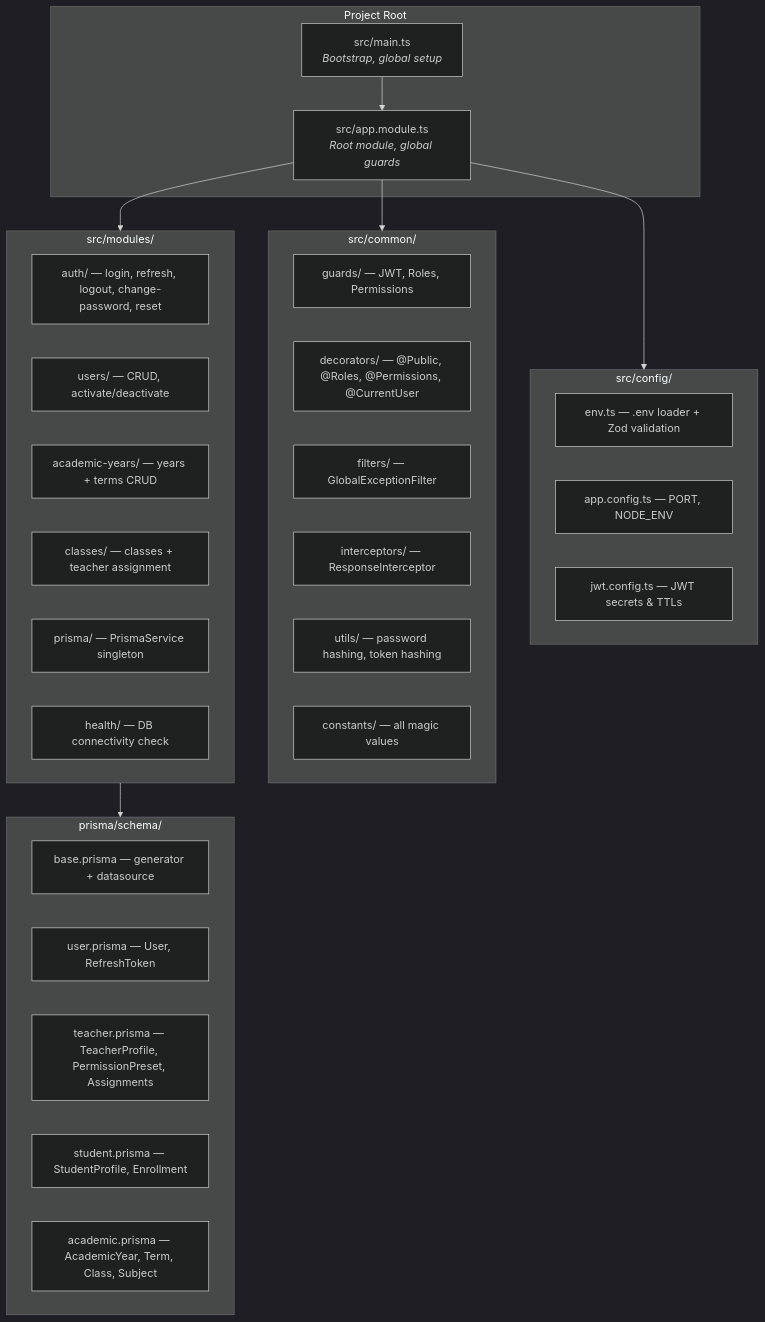
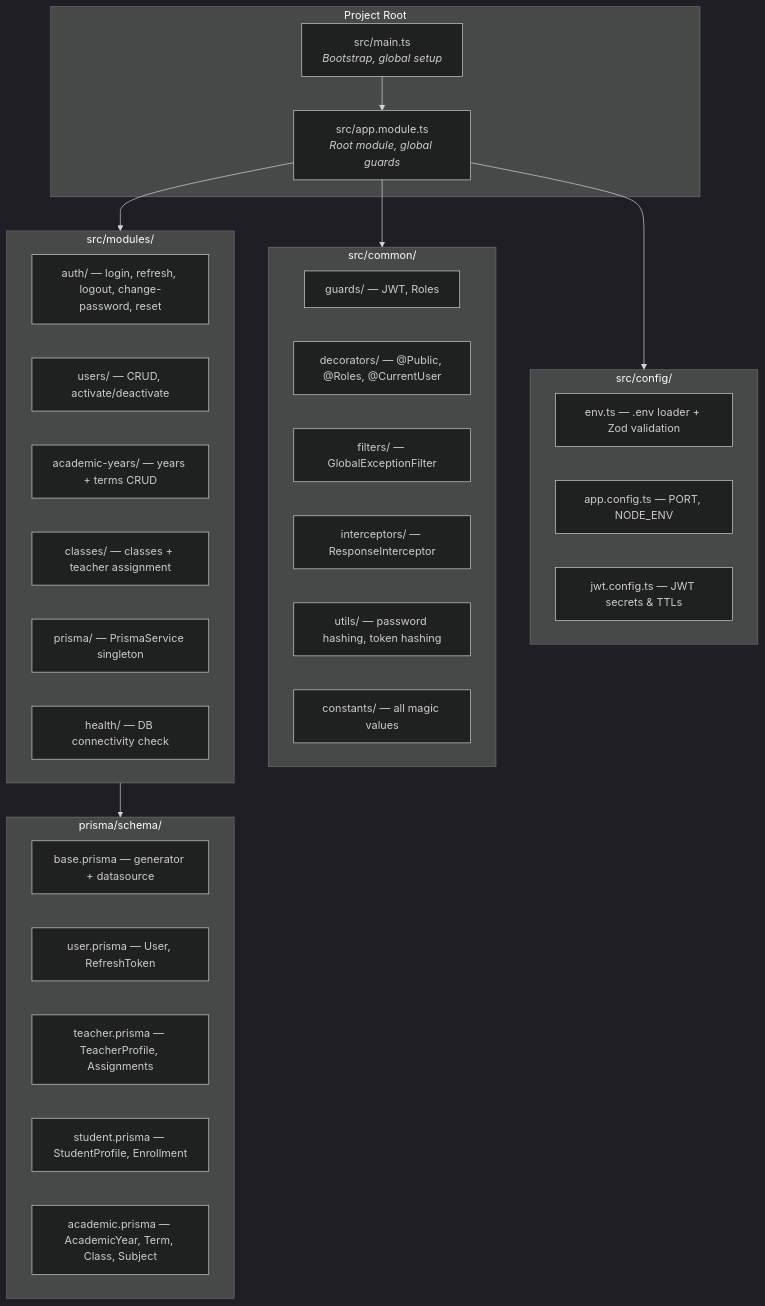
One commit to Shu03/my-school-BE changed the tenth of 16 diagrams in docs/ARCHITECTURE.md. Above: the diagram before and after it, drawn with Mermaid (dark theme). The commit also changed other lines of this file and 95 other files, not shown here.

````diff
--- a/docs/ARCHITECTURE.md
+++ b/docs/ARCHITECTURE.md
@@ -442,45 +426,45 @@
 ```mermaid
 graph TD
     subgraph Root["Project Root"]
         MAIN["src/main.ts<br/><i>Bootstrap, global setup</i>"]
         APPMOD["src/app.module.ts<br/><i>Root module, global guards</i>"]
     end
 
     subgraph Config["src/config/"]
         ENV["env.ts — .env loader + Zod validation"]
         APPCONF["app.config.ts — PORT, NODE_ENV"]
         JWTCONF["jwt.config.ts — JWT secrets & TTLs"]
     end
 
     subgraph Common["src/common/"]
-        GUARDS["guards/ — JWT, Roles, Permissions"]
-        DECORATORS["decorators/ — @Public, @Roles, @Permissions, @CurrentUser"]
+        GUARDS["guards/ — JWT, Roles"]
+        DECORATORS["decorators/ — @Public, @Roles, @CurrentUser"]
         FILTERS["filters/ — GlobalExceptionFilter"]
         INTERCEPTORS["interceptors/ — ResponseInterceptor"]
         UTILS["utils/ — password hashing, token hashing"]
         CONSTANTS["constants/ — all magic values"]
     end
 
     subgraph Modules["src/modules/"]
         M_AUTH["auth/ — login, refresh, logout, change-password, reset"]
         M_USERS["users/ — CRUD, activate/deactivate"]
         M_AY["academic-years/ — years + terms CRUD"]
         M_CLASSES["classes/ — classes + teacher assignment"]
         M_PRISMA["prisma/ — PrismaService singleton"]
         M_HEALTH["health/ — DB connectivity check"]
     end
 
     subgraph Schema["prisma/schema/"]
         S_BASE["base.prisma — generator + datasource"]
         S_USER["user.prisma — User, RefreshToken"]
-        S_TEACHER["teacher.prisma — TeacherProfile, PermissionPreset, Assignments"]
+        S_TEACHER["teacher.prisma — TeacherProfile, Assignments"]
         S_STUDENT["student.prisma — StudentProfile, Enrollment"]
         S_ACADEMIC["academic.prisma — AcademicYear, Term, Class, Subject"]
     end
 
     MAIN --> APPMOD
     APPMOD --> Config
     APPMOD --> Common
     APPMOD --> Modules
     Modules --> Schema
 ```
````
